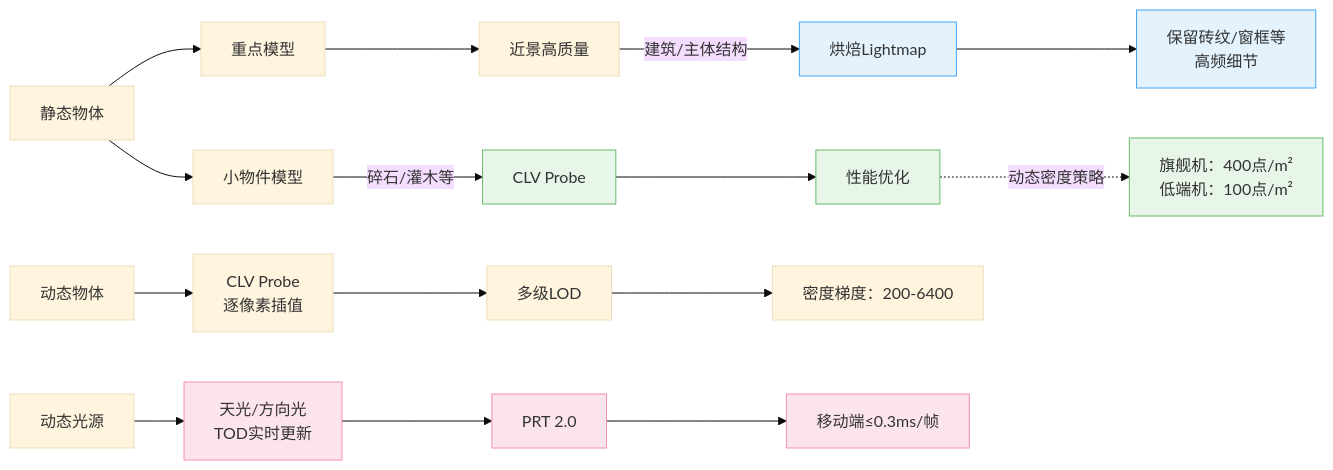
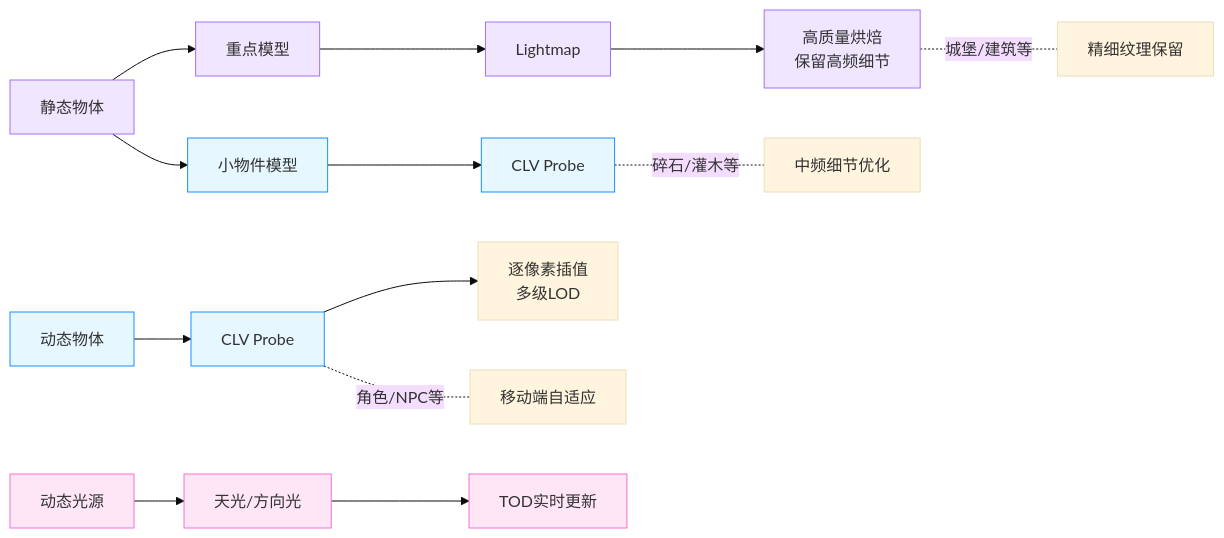
Before and after one commit to archieluan/iodraw-files: the diagram in all/未命名-5.md, drawn with Mermaid (base theme).

Commit message:
2025-07-08 10:29:46 update

````diff
--- a/all/未命名-5.md
+++ b/all/未命名-5.md
@@ -1,34 +1,31 @@
 ```mermaid
 graph LR
-    %% ===== 静态物体-分层优化 =====
-    A[静态物体] --> A1[重点模型]
-    A1 --> A11[近景高质量]
-    A11 -->|建筑/主体结构| A111[烘焙Lightmap]
-    A111 --> A1111[保留砖纹/窗框等<br>高频细节]
+    %% 静态物体分区
+    A[静态物体] --> A1[重点模型] --> A11[Lightmap]
+    A11 --> A111[高质量烘焙<br>保留高频细节]
+    A --> A2[小物件模型] --> A21[CLV Probe]
     
-    A --> A2[小物件模型]
-    A2 -->|碎石/灌木等| A21[CLV Probe]
-    A21 --> A211[性能优化]
-    A211 -.->|动态密度策略| A2111[旗舰机：400点/m²<br>低端机：100点/m²]
+    %% 动态物体（与小物件共用CLV体系）
+    B[动态物体] --> B1[CLV Probe]
+    B1 --> B11[逐像素插值<br>多级LOD]
     
-    %% ===== 动态部分保持核心逻辑 =====
-    B[动态物体] --> B1[CLV Probe<br>逐像素插值]
-    B1 --> B11[多级LOD]
-    B11 --> B111[密度梯度：200-6400]
+    %% 动态光源保持不变
+    C[动态光源] --> C1[天光/方向光]
+    C1 --> C11[TOD实时更新]
     
-    C[动态光源] --> C1[天光/方向光<br>TOD实时更新]
-    C1 --> C11[PRT 2.0]
-    C11 --> C111[移动端≤0.3ms/帧]
+    %% 技术说明增强
+    A111 -.- |城堡/建筑等| H[精细纹理保留]
+    A21 -.- |碎石/灌木等| I[中频细节优化]
+    B1 -.- |角色/NPC等| J[移动端自适应]
     
-    %% ===== 洛克王国特化标注 =====
-    style A111 fill:#e3f2fd,stroke:#42a5f5
-    style A21 fill:#e8f5e9,stroke:#66bb6a
-    style C1 fill:#fce4ec,stroke:#f48fb1
+    %% 统一CLV相关色系
+    classDef clvStyle fill:#e6f7ff,stroke:#1890ff
+    class A2,A21,B,B1 clvStyle
     
-    classDef highQuality fill:#e3f2fd,stroke:#42a5f5
-    classDef optimized fill:#e8f5e9,stroke:#66bb6a
-    classDef realtime fill:#fce4ec,stroke:#f48fb1
-    class A111,A1111 highQuality
-    class A21,A211,A2111 optimized
-    class C1,C11,C111 realtime
+    %% 保持原图配色
+    classDef staticStyle fill:#f0e6ff,stroke:#a370f7
+    class A,A1,A11,A111 staticStyle
+    
+    classDef lightStyle fill:#ffe6f7,stroke:#f770d0
+    class C,C1,C11 lightStyle
 ```
````
